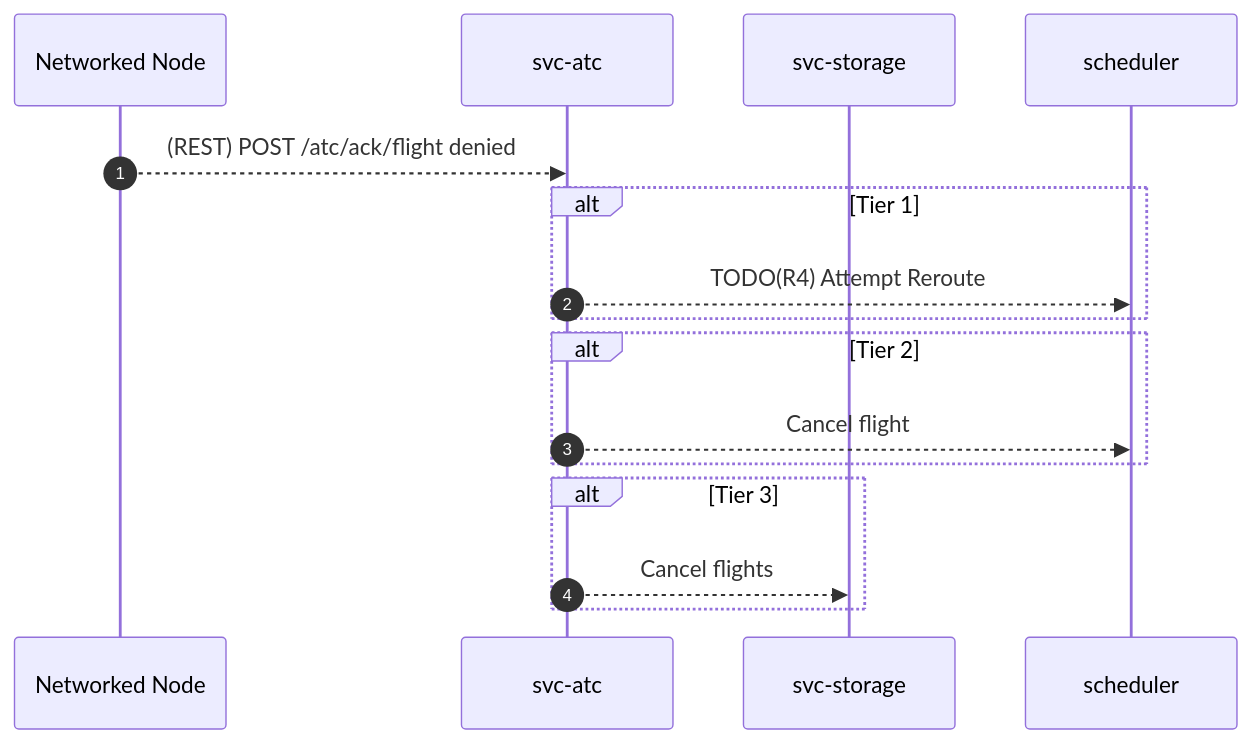
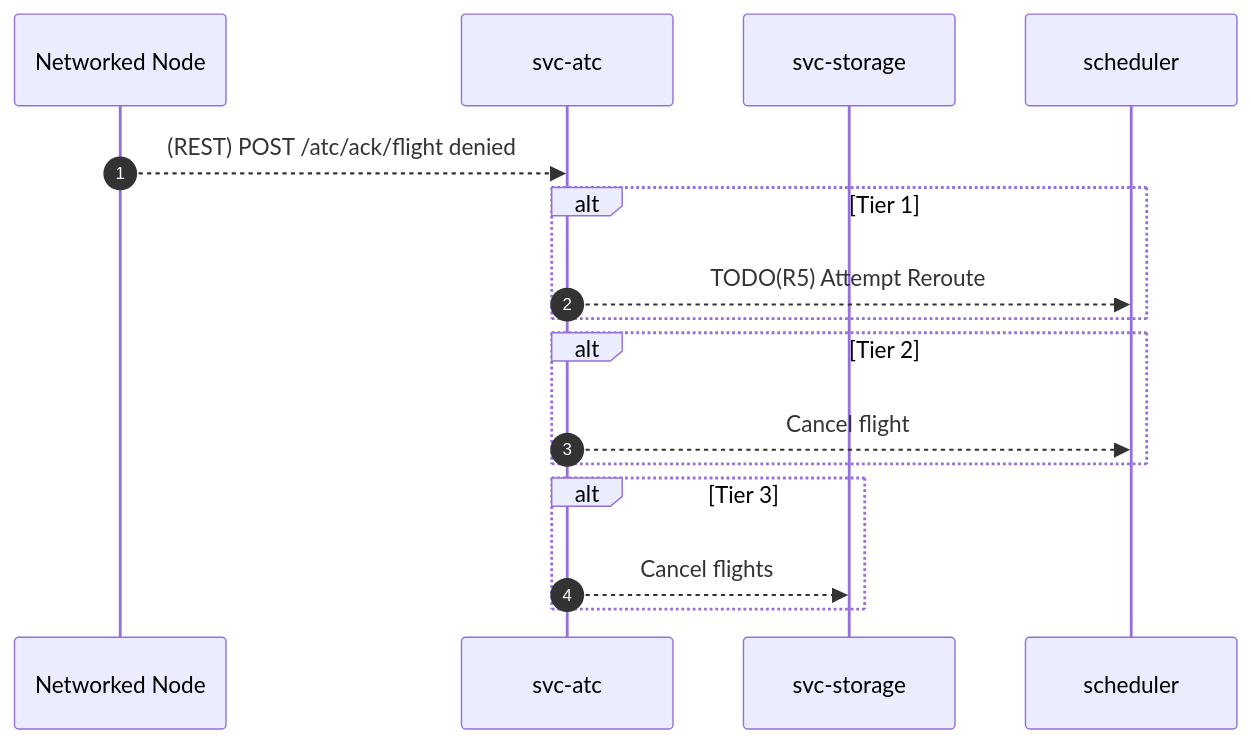
One commit to aetheric-oss/svc-atc changed the third of 3 diagrams in docs/sdd.md. Above: the diagram before and after it, drawn with Mermaid. The commit also changed other lines of this file and 24 other files, not shown here.

````diff
--- a/docs/sdd.md
+++ b/docs/sdd.md
@@ -95,17 +95,17 @@
 ```mermaid
 sequenceDiagram
     autonumber
     participant client as Networked Node
     participant service as svc-atc
     participant storage as svc-storage
     client-->>service: (REST) POST /atc/ack/flight denied
     alt Tier 1
-        service-->>scheduler: TODO(R4) Attempt Reroute
+        service-->>scheduler: TODO(R5) Attempt Reroute
     end
     alt Tier 2
         service-->>scheduler: Cancel flight
     end
     alt Tier 3
         service-->>storage: Cancel flights
     end
 ```
````
